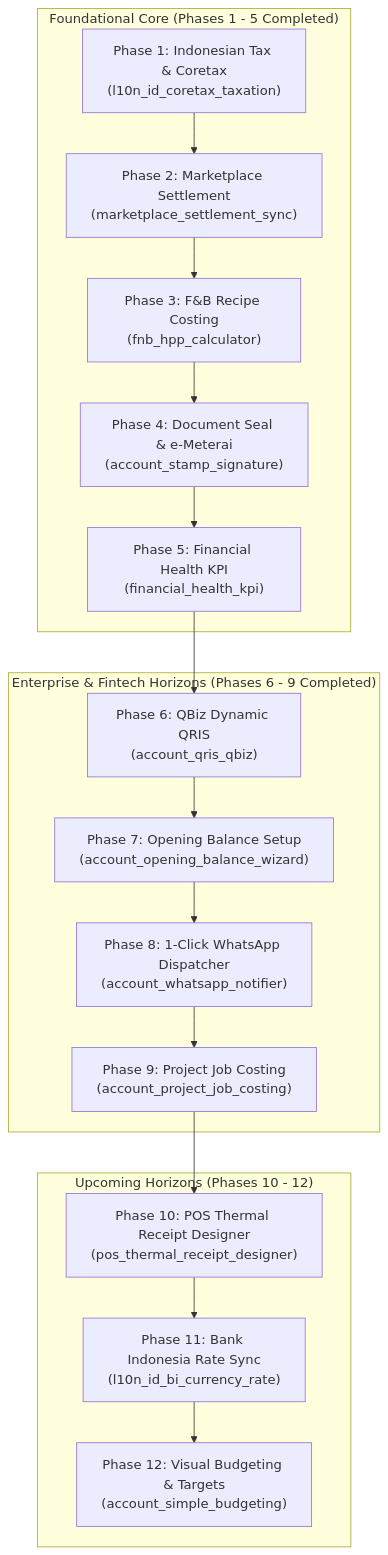
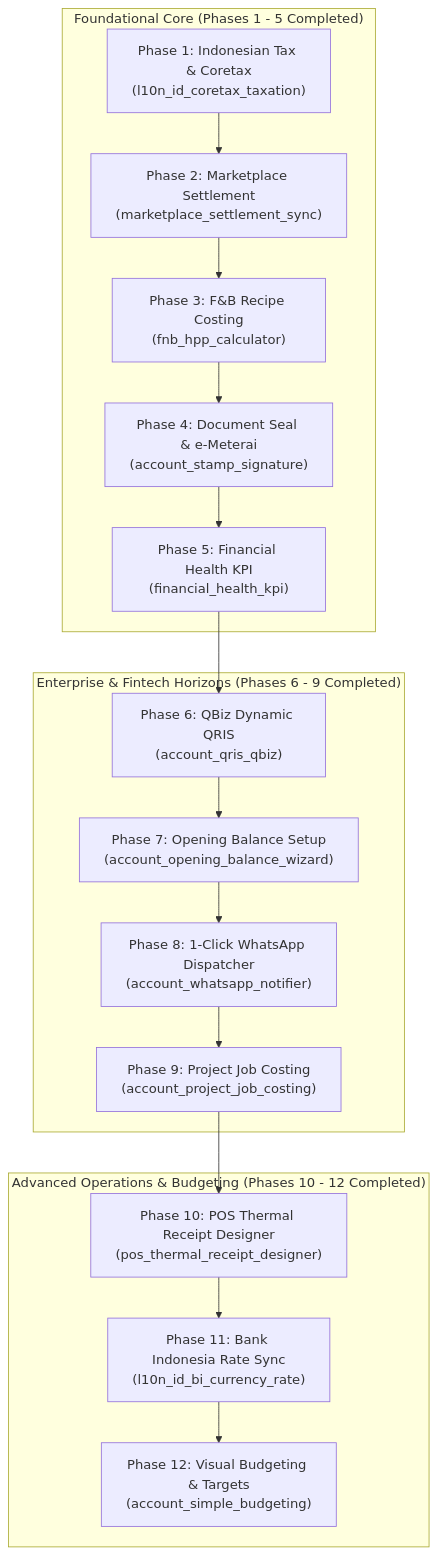
One commit to Mango-Teknusa-Inovasi/odoo-financial-suite changed the diagram in AGENTS.md. Above: the diagram before and after it, drawn with Mermaid. The commit also changed other lines of this file and 29 other files, not shown here.

Commit message:
feat(budgeting): implement Phase 12 Simple Visual Budgeting (Roadmap Complete)

````diff
--- a/AGENTS.md
+++ b/AGENTS.md
@@ -31,26 +31,26 @@
 ```mermaid
 flowchart TD
     subgraph Foundation ["Foundational Core (Phases 1 - 5 Completed)"]
         P1["Phase 1: Indonesian Tax & Coretax<br/>(l10n_id_coretax_taxation)"]
         P2["Phase 2: Marketplace Settlement<br/>(marketplace_settlement_sync)"]
         P3["Phase 3: F&B Recipe Costing<br/>(fnb_hpp_calculator)"]
         P4["Phase 4: Document Seal & e-Meterai<br/>(account_stamp_signature)"]
         P5["Phase 5: Financial Health KPI<br/>(financial_health_kpi)"]
         P1 --> P2 --> P3 --> P4 --> P5
     end
 
     subgraph Expansion ["Enterprise & Fintech Horizons (Phases 6 - 9 Completed)"]
         P6["Phase 6: QBiz Dynamic QRIS<br/>(account_qris_qbiz)"]
         P7["Phase 7: Opening Balance Setup<br/>(account_opening_balance_wizard)"]
         P8["Phase 8: 1-Click WhatsApp Dispatcher<br/>(account_whatsapp_notifier)"]
         P9["Phase 9: Project Job Costing<br/>(account_project_job_costing)"]
         P5 --> P6 --> P7 --> P8 --> P9
     end
 
-    subgraph Upcoming ["Upcoming Horizons (Phases 10 - 12)"]
+    subgraph Finalization ["Advanced Operations & Budgeting (Phases 10 - 12 Completed)"]
         P10["Phase 10: POS Thermal Receipt Designer<br/>(pos_thermal_receipt_designer)"]
         P11["Phase 11: Bank Indonesia Rate Sync<br/>(l10n_id_bi_currency_rate)"]
         P12["Phase 12: Visual Budgeting & Targets<br/>(account_simple_budgeting)"]
         P9 --> P10 --> P11 --> P12
     end
 ```
````
